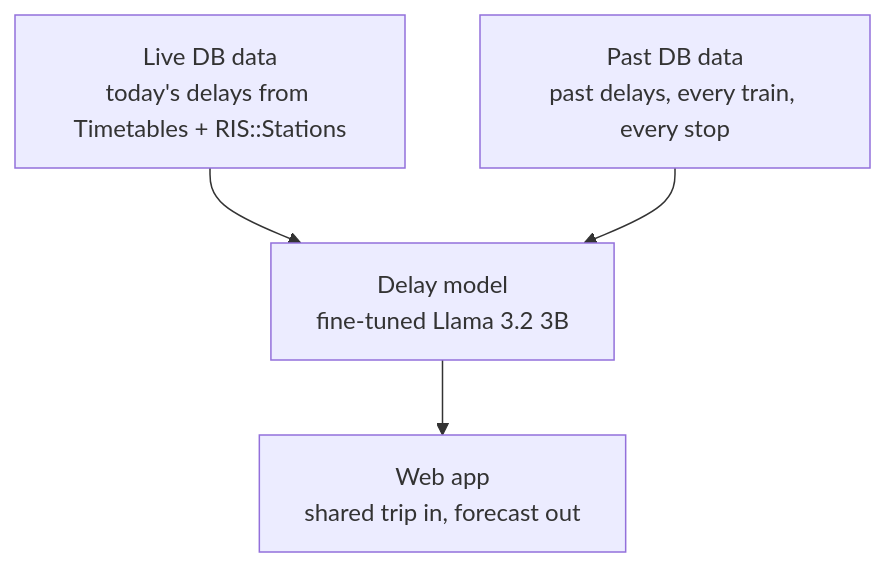
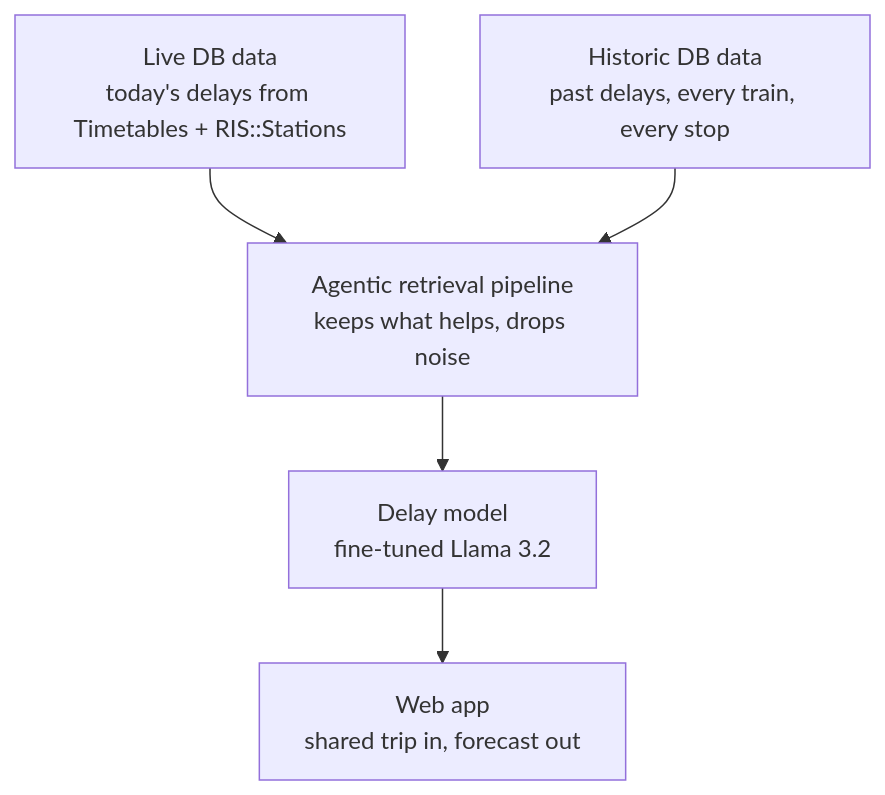
Before and after one commit to KiraKami-dev/delayed_bahn: the diagram in README.md, drawn with Mermaid. The commit also changed other lines of this file, not shown here.

````diff
--- a/README.md
+++ b/README.md
@@ -66,6 +77,7 @@
 ```mermaid
 graph TD
-  A["Live DB data<br/>today's delays from Timetables + RIS::Stations"] --> C["Delay model<br/>fine-tuned Llama 3.2 3B"]
-  B["Past DB data<br/>past delays, every train, every stop"] --> C
+  A["Live DB data<br/>today's delays from Timetables + RIS::Stations"] --> P["Agentic retrieval pipeline<br/>keeps what helps, drops noise"]
+  B["Historic DB data<br/>past delays, every train, every stop"] --> P
+  P --> C["Delay model<br/>fine-tuned Llama 3.2"]
   C --> D["Web app<br/>shared trip in, forecast out"]
 ```
````
